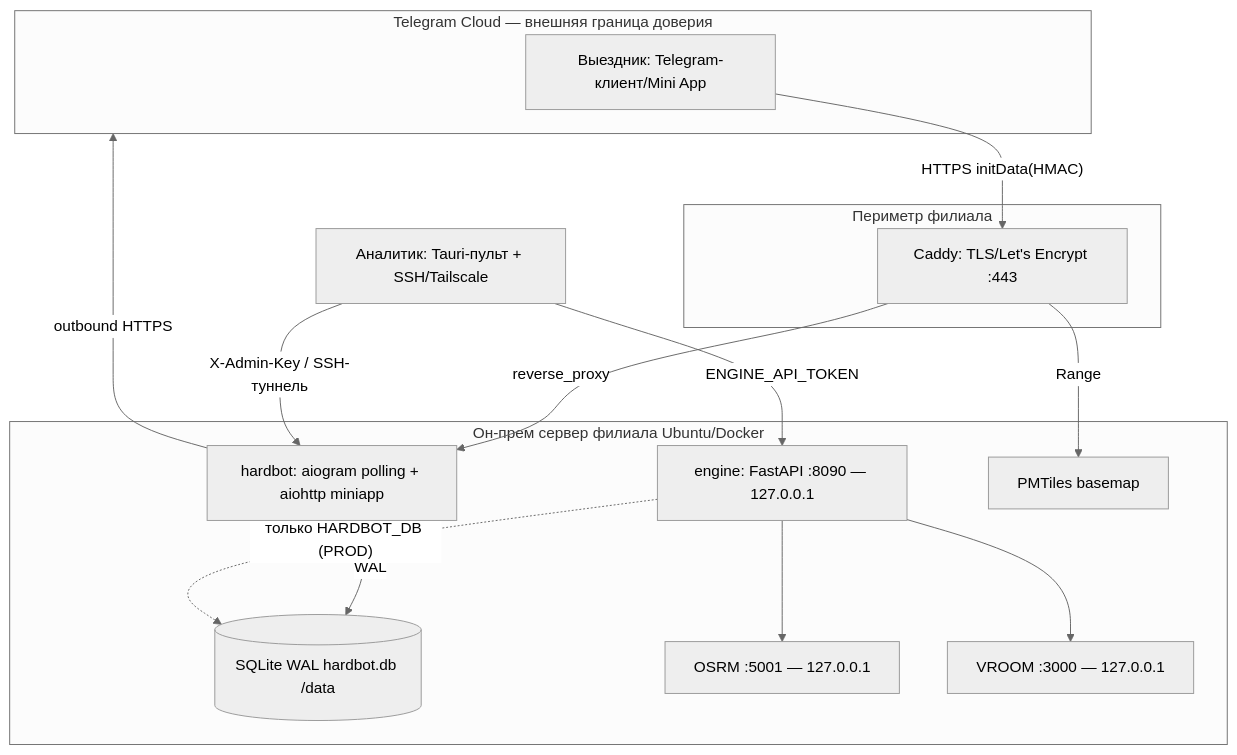
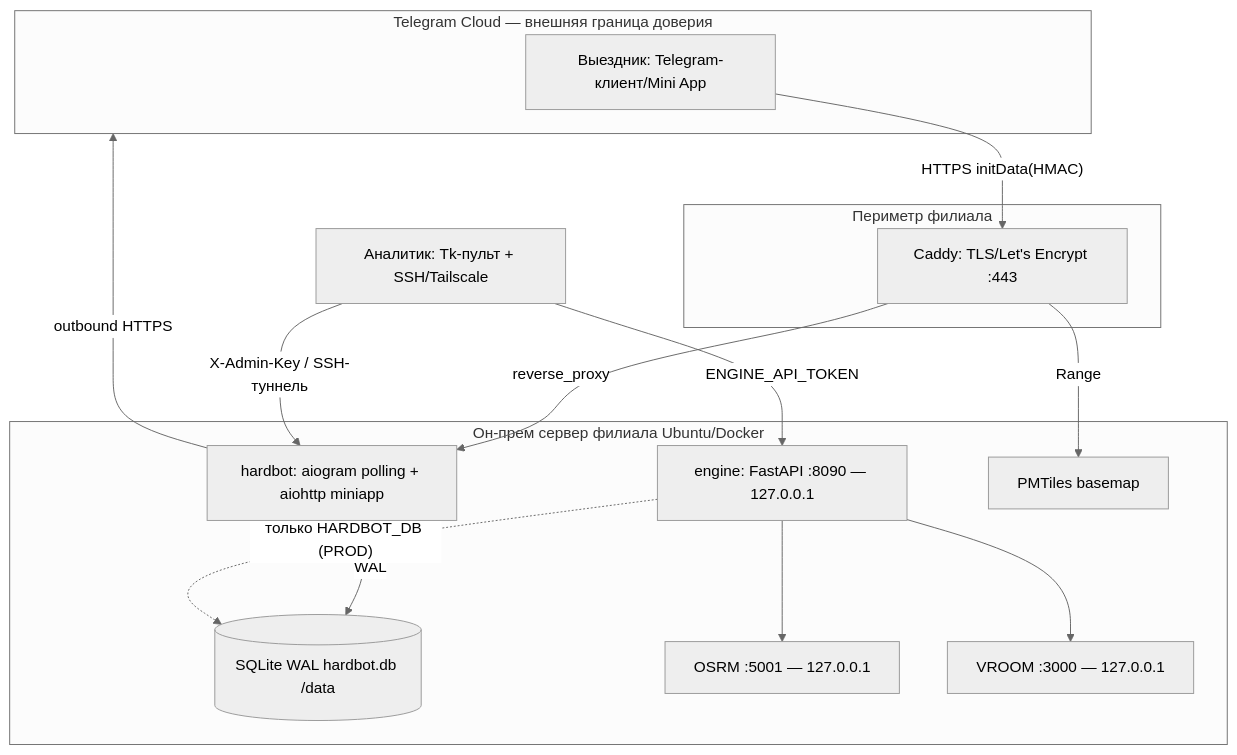
Before and after one commit to josephsteuerjr/hardbot: the diagram in docs/security/01-architecture.md, drawn with Mermaid (neutral theme). The commit also changed other lines of this file and 69 other files, not shown here.

````diff
--- a/docs/security/01-architecture.md
+++ b/docs/security/01-architecture.md
@@ -33,29 +33,29 @@
 ```mermaid
 flowchart TB
   subgraph TG[Telegram Cloud — внешняя граница доверия]
     U[Выездник: Telegram-клиент/Mini App]
   end
   subgraph EDGE[Периметр филиала]
     CADDY[Caddy: TLS/Let's Encrypt :443]
   end
   subgraph HOST[Он-прем сервер филиала Ubuntu/Docker]
     BOT[hardbot: aiogram polling + aiohttp miniapp]
     DB[(SQLite WAL hardbot.db /data)]
     ENG[engine: FastAPI :8090 — 127.0.0.1]
     OSRM[OSRM :5001 — 127.0.0.1]
     VROOM[VROOM :3000 — 127.0.0.1]
     TILES[PMTiles basemap]
   end
-  ADMIN[Аналитик: Tauri-пульт + SSH/Tailscale]
+  ADMIN[Аналитик: Tk-пульт + SSH/Tailscale]
 
   U -- HTTPS initData(HMAC) --> CADDY
   CADDY -- reverse_proxy --> BOT
   CADDY -- Range --> TILES
   BOT <-- WAL --> DB
   BOT -- outbound HTTPS --> TG
   ADMIN -- X-Admin-Key / SSH-туннель --> BOT
   ADMIN -- ENGINE_API_TOKEN --> ENG
   ENG --> OSRM
   ENG --> VROOM
   ENG -. только HARDBOT_DB (PROD) .-> DB
 ```
````
